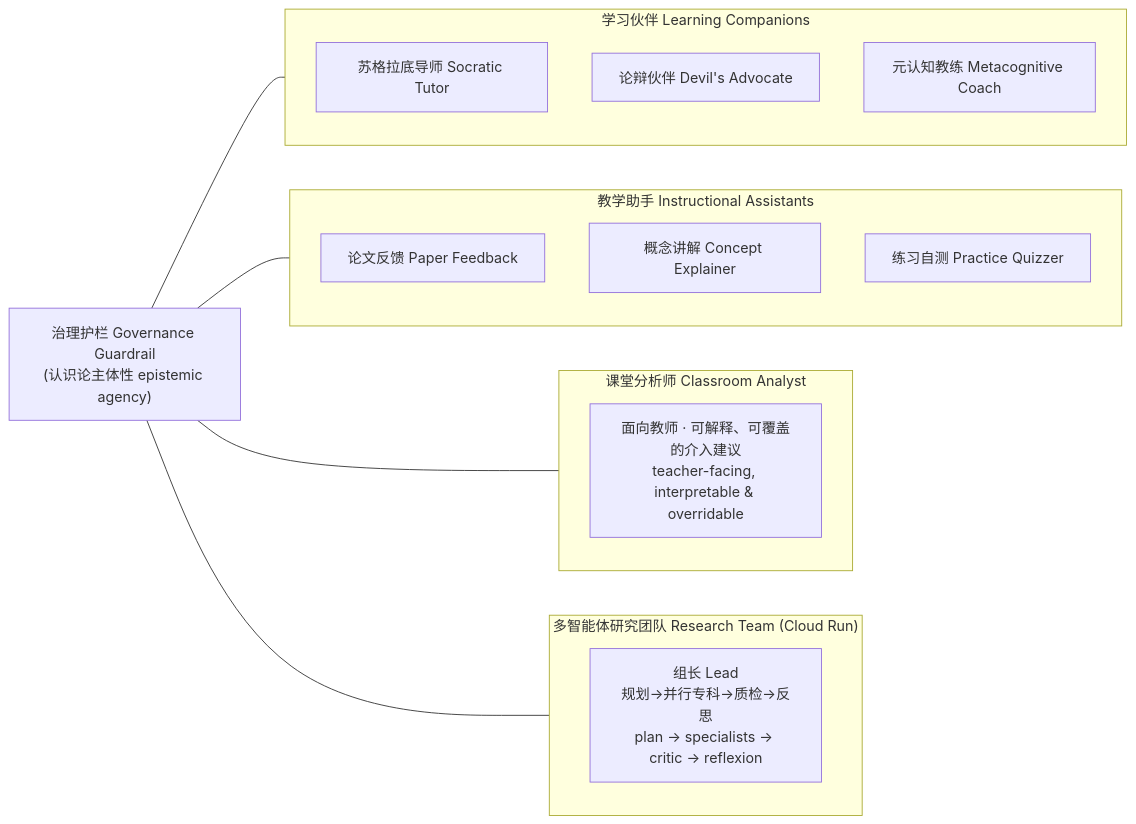
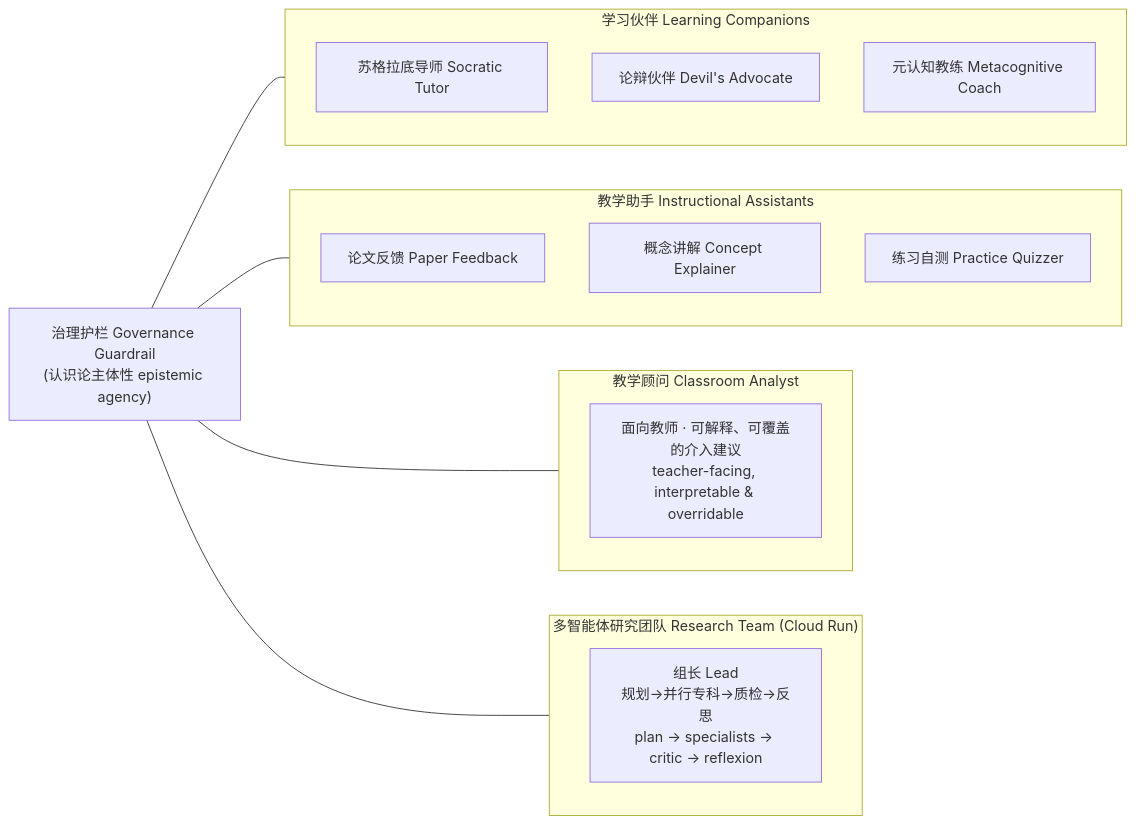
One commit to Youn-17/AI_academic_tutor changed the second of 4 diagrams in README.md. Above: the diagram before and after it, drawn with Mermaid. The commit also changed other lines of this file and 2 other files, not shown here.

Commit message:
ux(supervisor): move conversation selector to the bottom bar; rename 课堂分析师 → 教学顾问
The conversation selector (switch between a student's conversations) moved from the top header to the bottom intervention bar — next to 导师介入模式, where the teacher is already acting, and labelled 对话 1/2/3：title. The top header keeps just the student name + flag toggle. Renamed the teacher-facing assistant 课堂分析师 → 教学顾问 (it reads the conversation and gives interpretable, overridable intervention advice — the teacher decides); updated the button label and the analyst system-prompt self-reference, plus the README product name (English archetype 'Classroom Analyst' kept). esbuild clean.

````diff
--- a/README.md
+++ b/README.md
@@ -70,24 +70,24 @@
 ```mermaid
 flowchart LR
     G["治理护栏 Governance Guardrail<br/>(认识论主体性 epistemic agency)"]
     subgraph LC["学习伙伴 Learning Companions"]
         S["苏格拉底导师 Socratic Tutor"]
         D["论辩伙伴 Devil's Advocate"]
         M["元认知教练 Metacognitive Coach"]
     end
     subgraph IA["教学助手 Instructional Assistants"]
         P["论文反馈 Paper Feedback"]
         C["概念讲解 Concept Explainer"]
         Q["练习自测 Practice Quizzer"]
     end
-    subgraph CA["课堂分析师 Classroom Analyst"]
+    subgraph CA["教学顾问 Classroom Analyst"]
         A["面向教师 · 可解释、可覆盖的介入建议<br/>teacher-facing, interpretable & overridable"]
     end
     subgraph RT["多智能体研究团队 Research Team (Cloud Run)"]
         O["组长 Lead<br/>规划→并行专科→质检→反思<br/>plan → specialists → critic → reflexion"]
     end
     G --- LC
     G --- IA
     G --- CA
     G --- RT
 ```
````
